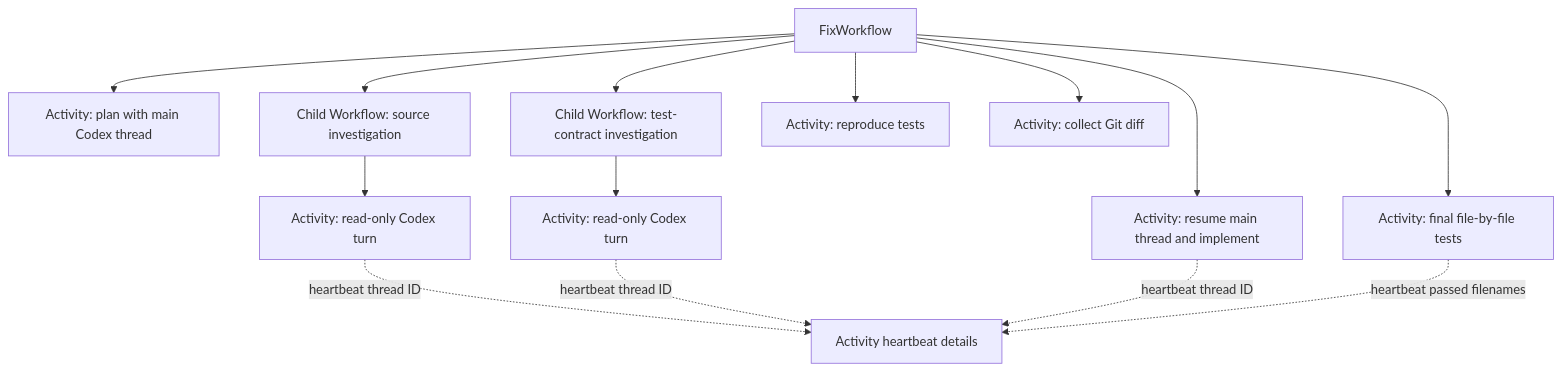
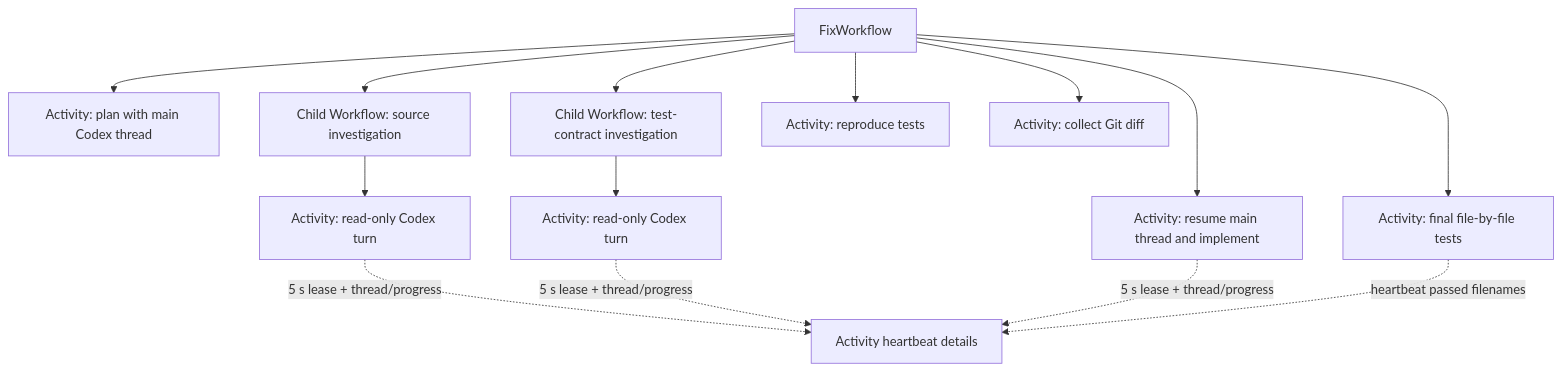
Before and after one commit to mootrichard/temporal-durable-agents: the second of 3 diagrams in docs/architecture.md, drawn with Mermaid. The commit also changed other lines of this file and 65 other files, not shown here.

````diff
--- a/docs/architecture.md
+++ b/docs/architecture.md
@@ -25,17 +25,17 @@
 ```mermaid
 flowchart TB
   F["FixWorkflow"] --> P["Activity: plan with main Codex thread"]
   F --> S["Child Workflow: source investigation"]
   F --> Q["Child Workflow: test-contract investigation"]
   F --> R["Activity: reproduce tests"]
   S --> SA["Activity: read-only Codex turn"]
   Q --> QA["Activity: read-only Codex turn"]
   F --> I["Activity: resume main thread and implement"]
   F --> V["Activity: final file-by-file tests"]
   F --> D["Activity: collect Git diff"]
 
-  SA -. "heartbeat thread ID" .-> H["Activity heartbeat details"]
-  QA -. "heartbeat thread ID" .-> H
-  I -. "heartbeat thread ID" .-> H
+  SA -. "5 s lease + thread/progress" .-> H["Activity heartbeat details"]
+  QA -. "5 s lease + thread/progress" .-> H
+  I -. "5 s lease + thread/progress" .-> H
   V -. "heartbeat passed filenames" .-> H
 ```
````
